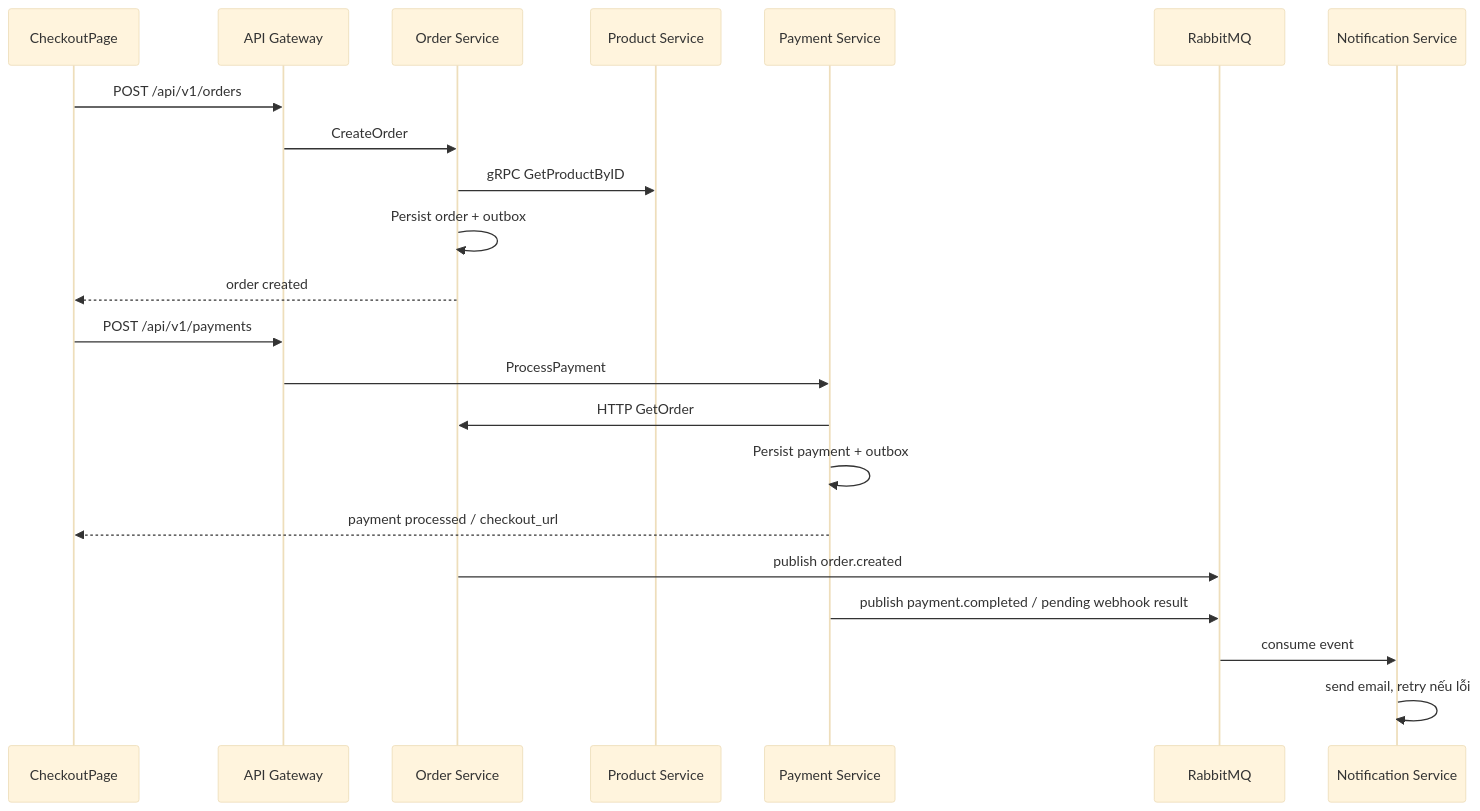
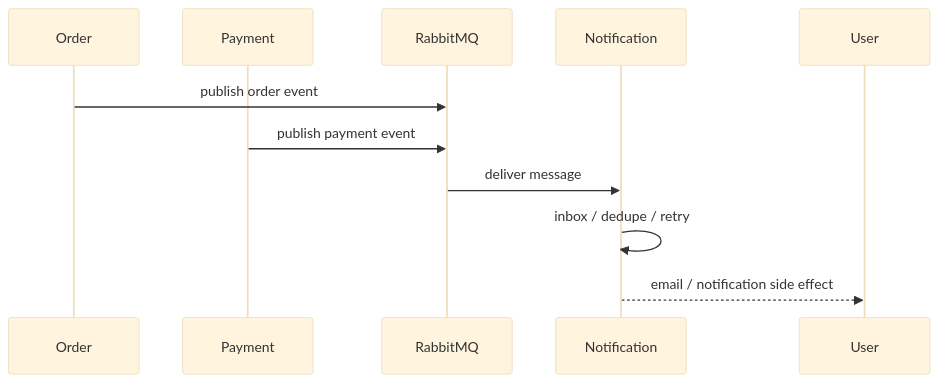
One commit to NguyenDung278/E-CommerceMicroservicesPlatform changed the third of 3 diagrams in LOGIC_FLOW.md. Above: the diagram before and after it, drawn with Mermaid (base theme). The commit also changed other lines of this file and 8 other files, not shown here.

````diff
--- a/LOGIC_FLOW.md
+++ b/LOGIC_FLOW.md
@@ -674,27 +339,13 @@
 ```mermaid
 sequenceDiagram
-    participant UI as CheckoutPage
-    participant GW as API Gateway
-    participant OS as Order Service
-    participant PS as Product Service
-    participant Pay as Payment Service
-    participant MQ as RabbitMQ
-    participant NS as Notification Service
+    participant Order
+    participant Payment
+    participant RabbitMQ
+    participant Notification
 
-    UI->>GW: POST /api/v1/orders
-    GW->>OS: CreateOrder
-    OS->>PS: gRPC GetProductByID
-    OS->>OS: Persist order + outbox
-    OS-->>UI: order created
-
-    UI->>GW: POST /api/v1/payments
-    GW->>Pay: ProcessPayment
-    Pay->>OS: HTTP GetOrder
-    Pay->>Pay: Persist payment + outbox
-    Pay-->>UI: payment processed / checkout_url
-
-    OS->>MQ: publish order.created
-    Pay->>MQ: publish payment.completed / pending webhook result
-    MQ->>NS: consume event
-    NS->>NS: send email, retry nếu lỗi
+    Order->>RabbitMQ: publish order event
+    Payment->>RabbitMQ: publish payment event
+    RabbitMQ->>Notification: deliver message
+    Notification->>Notification: inbox / dedupe / retry
+    Notification-->>User: email / notification side effect
 ```
````
